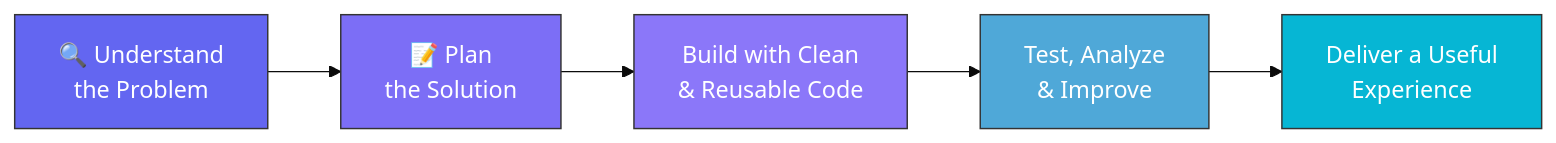
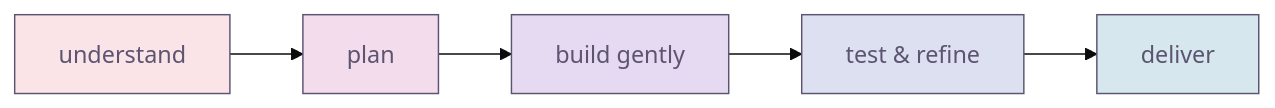
Before and after one commit to cherry5231/cherry5231: the diagram in README.md, drawn with Mermaid (base theme). The commit also changed other lines of this file, not shown here.

````diff
--- a/README.md
+++ b/README.md
@@ -148,13 +131,13 @@
 ```mermaid
 graph LR
-    A[🔍 Understand<br/>the Problem] --> B[📝 Plan<br/>the Solution]
-    B --> C[ Build with Clean<br/>& Reusable Code]
-    C --> D[ Test, Analyze<br/>& Improve]
-    D --> E[ Deliver a Useful<br/>Experience]
+    A[understand] --> B[plan]
+    B --> C[build gently]
+    C --> D[test & refine]
+    D --> E[deliver]
 
-    style A fill:#6366F1,stroke:#333,stroke-width:1px,color:#fff
-    style B fill:#7C6EF6,stroke:#333,stroke-width:1px,color:#fff
-    style C fill:#8B77F9,stroke:#333,stroke-width:1px,color:#fff
-    style D fill:#4FA8D8,stroke:#333,stroke-width:1px,color:#fff
-    style E fill:#06B6D4,stroke:#333,stroke-width:1px,color:#fff
+    style A fill:#FBE4E8,stroke:#5C5470,stroke-width:1px,color:#5C5470
+    style B fill:#F3DCEC,stroke:#5C5470,stroke-width:1px,color:#5C5470
+    style C fill:#E6D9F2,stroke:#5C5470,stroke-width:1px,color:#5C5470
+    style D fill:#DCE0F0,stroke:#5C5470,stroke-width:1px,color:#5C5470
+    style E fill:#D6E8EE,stroke:#5C5470,stroke-width:1px,color:#5C5470
 ```
````
